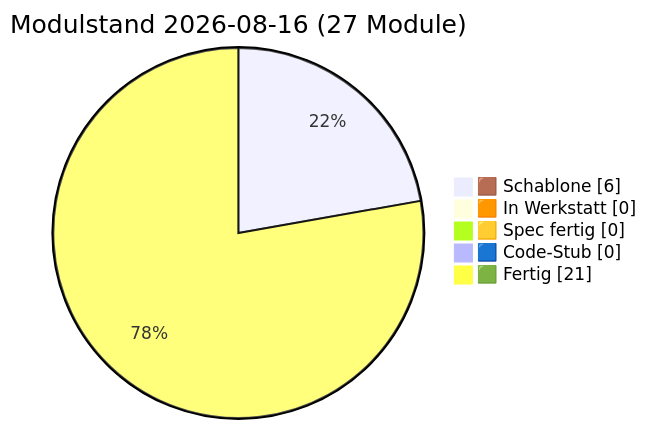
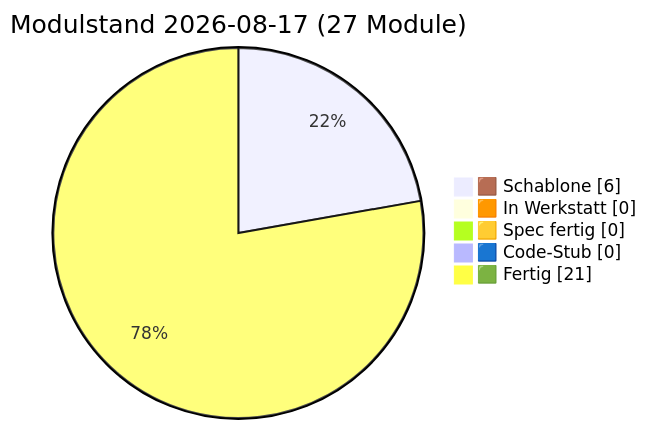
Before and after one commit to lausiklauskn-png/Sage-Protokol: the diagram in docs/PULS.md, drawn with Mermaid. The commit also changed 1 other file, not shown here.

First paragraph of the commit message:
Perfect Skin Beauty ist der neunzehnte Knoten — mit gepruefter Kennung
Klaus hat die Spore aus dem Andock-Wizard geschickt. Sie liegt jetzt im
eigenen Repo (Perfect-Skin-Beauty PR #51) und steht hier in der Liste.

````diff
--- a/docs/PULS.md
+++ b/docs/PULS.md
@@ -21,9 +21,9 @@
 ```mermaid
 pie showData
-  title Modulstand 2026-08-16 (27 Module)
+  title Modulstand 2026-08-17 (27 Module)
   "🟫 Schablone" : 6
   "🟧 In Werkstatt" : 0
   "🟨 Spec fertig" : 0
   "🟦 Code-Stub" : 0
   "🟩 Fertig" : 21
 ```
````
